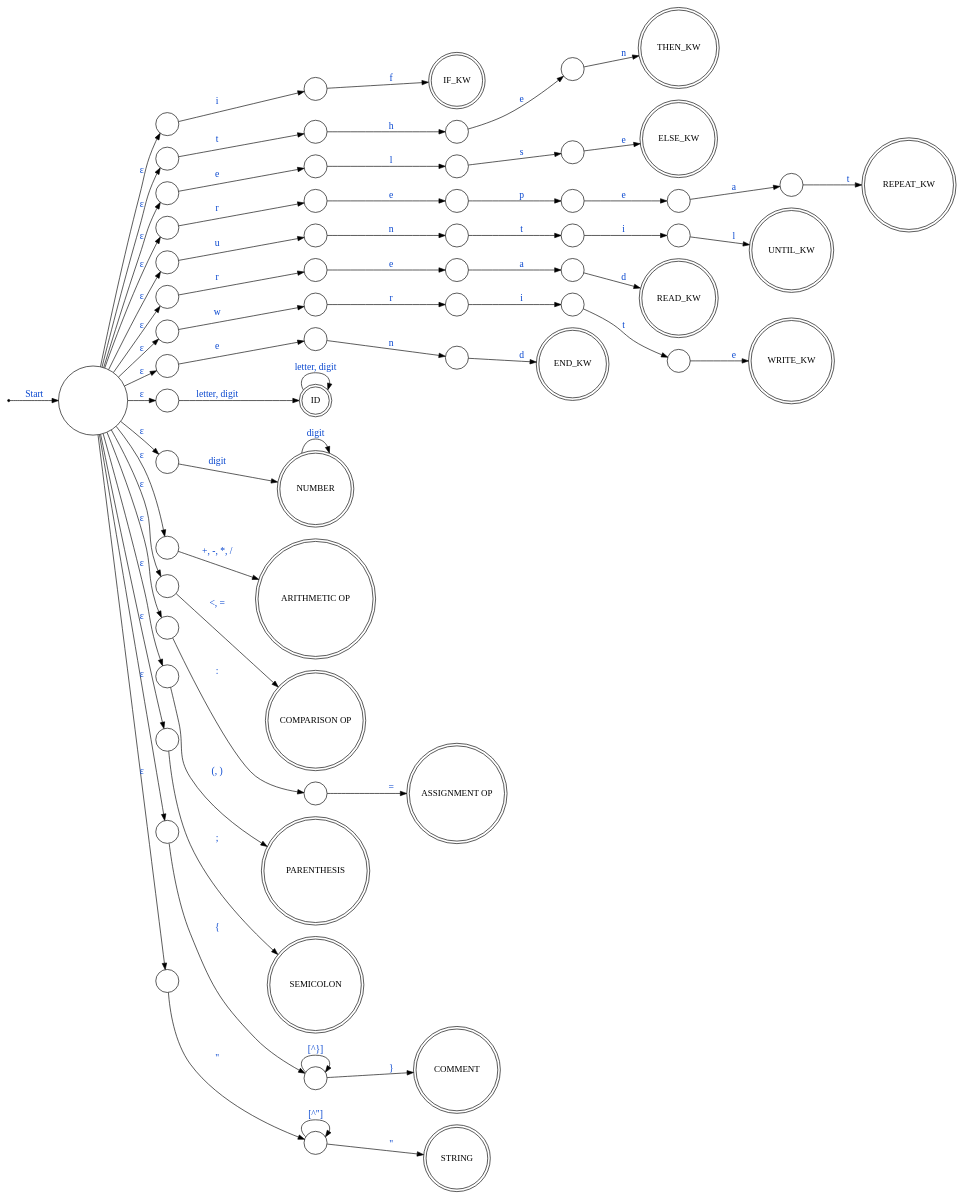
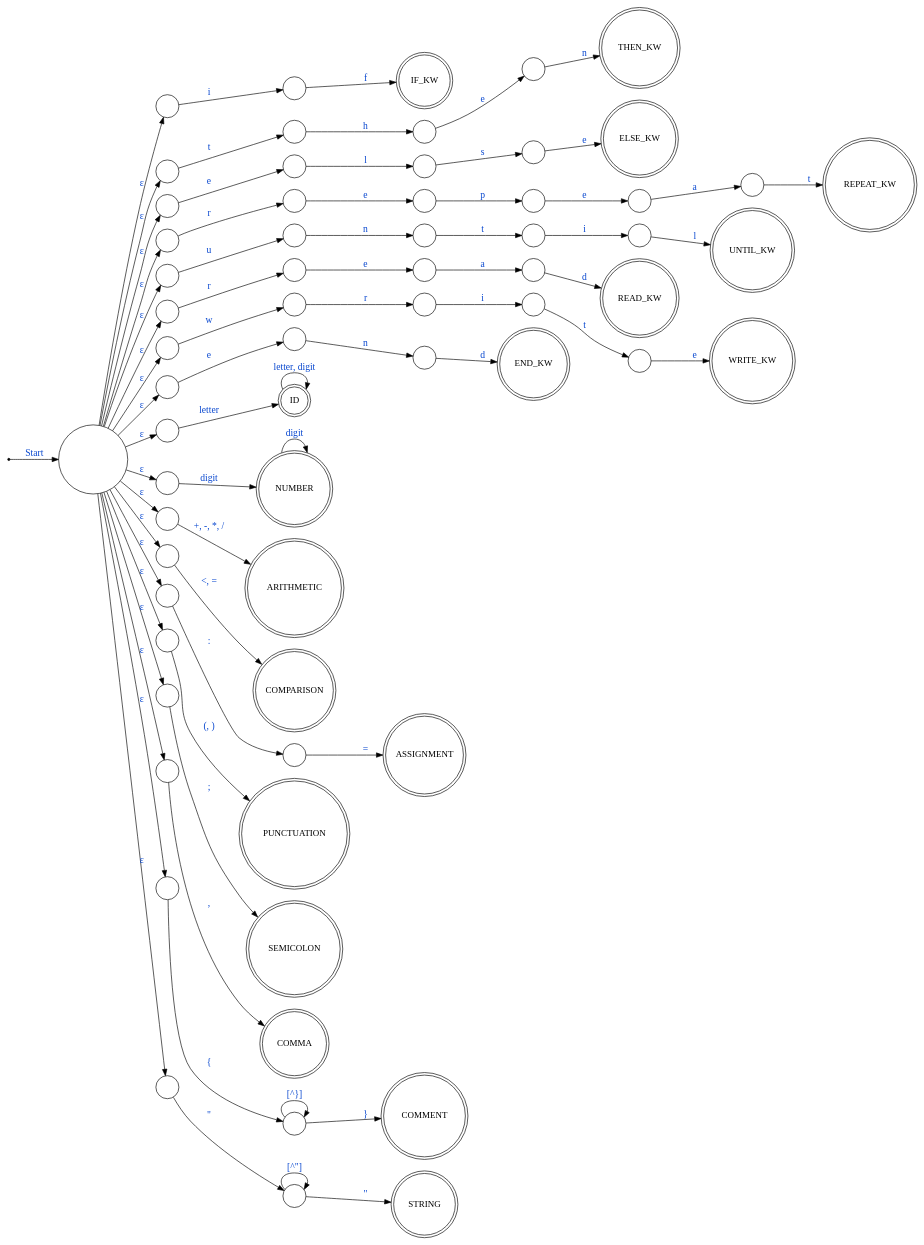
The diagram in graphs/NFA.gv (smoawad66/tiny-compiler), drawn with Graphviz before and after one commit. The commit also changed 6 other files, not shown here.

```diff
--- a/graphs/NFA.gv
+++ b/graphs/NFA.gv
@@ -1,165 +1,170 @@
 digraph TinyNFA {
     rankdir=LR;
     node [shape=circle];
     edge [fontsize=15, fontcolor="#0847cf"];
 
     S0 [shape=point];
 
     //start state
     start [label="", width=1.5, height=1.5];
     S0 -> start [label="Start"];
 
     //if
     start -> KW_if1 [label="ε"];
     KW_if1 [label=""];
     KW_if1 -> KW_if2 [label="i"];
     KW_if2 [label=""];
     KW_if2 -> KW_if3 [label="f"];
     KW_if3 [label="IF_KW", shape=doublecircle];
 
     //then
     start -> KW_then1 [label="ε"];
     KW_then1 [label=""];
     KW_then1 -> KW_then2 [label="t"];
     KW_then2 [label=""];
     KW_then2 -> KW_then3 [label="h"];
     KW_then3 [label=""];
     KW_then3 -> KW_then4 [label="e"];
     KW_then4 [label=""];
     KW_then4 -> KW_then5 [label="n"];
     KW_then5 [label="THEN_KW", shape=doublecircle];
 
     //else
     start -> KW_else1 [label="ε"];
     KW_else1 [label=""];
     KW_else1 -> KW_else2 [label="e"];
     KW_else2 [label=""];
     KW_else2 -> KW_else3 [label="l"];
     KW_else3 [label=""];
     KW_else3 -> KW_else4 [label="s"];
     KW_else4 [label=""];
     KW_else4 -> KW_else5 [label="e"];
     KW_else5 [label="ELSE_KW", shape=doublecircle];
 
 
     //repeat
     start -> KW_repeat1 [label="ε"];
     KW_repeat1 [label=""];
     KW_repeat1 -> KW_repeat2 [label="r"];
     KW_repeat2 [label=""];
     KW_repeat2 -> KW_repeat3 [label="e"];
     KW_repeat3 [label=""];
     KW_repeat3 -> KW_repeat4 [label="p"];
     KW_repeat4 [label=""];
     KW_repeat4 -> KW_repeat5 [label="e"];
     KW_repeat5 [label=""];
     KW_repeat5 -> KW_repeat6 [label="a"];
     KW_repeat6 [label=""];
     KW_repeat6 -> KW_repeat7 [label="t"];
     KW_repeat7 [label="REPEAT_KW", shape=doublecircle];
 
     //until
     start -> KW_until1 [label="ε"];
     KW_until1 [label=""];
     KW_until1 -> KW_until2 [label="u"];
     KW_until2 [label=""];
     KW_until2 -> KW_until3 [label="n"];
     KW_until3 [label=""];
     KW_until3 -> KW_until4 [label="t"];
     KW_until4 [label=""];
     KW_until4 -> KW_until5 [label="i"];
     KW_until5 [label=""];
     KW_until5 -> KW_until6 [label="l"];
     KW_until6 [label="UNTIL_KW", shape=doublecircle];
 
     //read
     start -> KW_read1 [label="ε"];
     KW_read1 [label=""];
     KW_read1 -> KW_read2 [label="r"];
     KW_read2 [label=""];
     KW_read2 -> KW_read3 [label="e"];
     KW_read3 [label=""];
     KW_read3 -> KW_read4 [label="a"];
     KW_read4 [label=""];
     KW_read4 -> KW_read5 [label="d"];
     KW_read5 [label="READ_KW", shape=doublecircle];
 
     //write
     start -> KW_write1 [label="ε"];
     KW_write1 [label=""];
     KW_write1 -> KW_write2 [label="w"];
     KW_write2 [label=""];
     KW_write2 -> KW_write3 [label="r"];
     KW_write3 [label=""];
     KW_write3 -> KW_write4 [label="i"];
     KW_write4 [label=""];
     KW_write4 -> KW_write5 [label="t"];
     KW_write5 [label=""];
     KW_write5 -> KW_write6 [label="e"];
     KW_write6 [label="WRITE_KW", shape=doublecircle];
 
     //end
     start -> KW_end1 [label="ε"];
     KW_end1 [label=""];
     KW_end1 -> KW_end2 [label="e"];
     KW_end2 [label=""];
     KW_end2 -> KW_end3 [label="n"];
     KW_end3 [label=""];
     KW_end3 -> KW_end4 [label="d"];
     KW_end4 [label="END_KW", shape=doublecircle];
 
     //identifier
     start -> ID1 [label="ε"];
     ID1 [label=""];
-    ID1 -> IDF [label="letter, digit"];
+    ID1 -> IDF [label="letter"];
     IDF -> IDF [label="letter, digit"];
     IDF [label="ID", shape=doublecircle];
 
     //number
     start -> NUM1 [label="ε"];
     NUM1 [label=""];
     NUM1 -> NUMF [label="digit"];
     NUMF -> NUMF [label="digit"];
     NUMF [label="NUMBER", shape=doublecircle];
 
     //arithmetic
     ARITHOP [label=""]
     start -> ARITHOP [label="ε"];
     ARITHOP -> ARITHOPF [label="+, -, *, /"]
-    ARITHOPF [label="ARITHMETIC OP", shape=doublecircle];
+    ARITHOPF [label="ARITHMETIC", shape=doublecircle];
 
     //comparison
     start -> COMPOP [label="ε"]; COMPOP [label=""];
     COMPOP -> COMPOPF [label="<, ="];
-    COMPOPF [label="COMPARISON OP", shape=doublecircle, width=1.5, height=1.5];
+    COMPOPF [label="COMPARISON", shape=doublecircle, width=1.5, height=1.5];
 
     //assignement
     start -> ASSIGN1 [label="ε"];ASSIGN1 [label=""];
     ASSIGN1 -> ASSIGN2 [label=":"];
     ASSIGN2 -> ASSIGNF [label="="]; ASSIGN2 [label=""];
-    ASSIGNF [label="ASSIGNMENT OP", shape=doublecircle, width=1.5, height=1.5];
+    ASSIGNF [label="ASSIGNMENT", shape=doublecircle, width=1.5, height=1.5];
 
-    //parenthesis
-    start -> PAREN [label="ε"]; PAREN [label=""];
-    PAREN -> PARENF [label="(, )"];
-    PARENF [label="PARENTHESIS", shape=doublecircle];
+    //punctuation
+    start -> PUNCTUATION [label="ε"]; PUNCTUATION [label=""];
+    PUNCTUATION -> PUNCTUATIONF [label="(, )"];
+    PUNCTUATIONF [label="PUNCTUATION", shape=doublecircle];
 
     // semicolon
     start -> SEMICOLON [label="ε"]; SEMICOLON [label=""];
     SEMICOLON -> SEMIF [label=";"];
     SEMIF [label="SEMICOLON", shape=doublecircle];
+    
+    //comma
+    start -> COMMA [label="ε"]; COMMA [label=""];
+    COMMA -> COMMAF [label=","];
+    COMMAF [label="COMMA", shape=doublecircle];
 
     //comments
     start -> COMMENT [label="ε"]; COMMENT [label=""];
     COMMENT -> COMMENT_BODY [label="{"];COMMENT_BODY [label=""];
     COMMENT_BODY -> COMMENT_BODY [label="[^}]"];
     COMMENT_BODY -> COMMENTF [label="}"];
     COMMENTF [label="COMMENT", shape=doublecircle];
 
     //strings
     start -> STRING1 [label="ε"]; STRING1 [label=""];
     STRING1 -> STRING2 [label="\""]; STRING2 [label=""];
     STRING2 -> STRING2 [label="[^\"]"];
     STRING2 -> STRINGF [label="\""];
     STRINGF [label="STRING", shape=doublecircle];
 }
```
